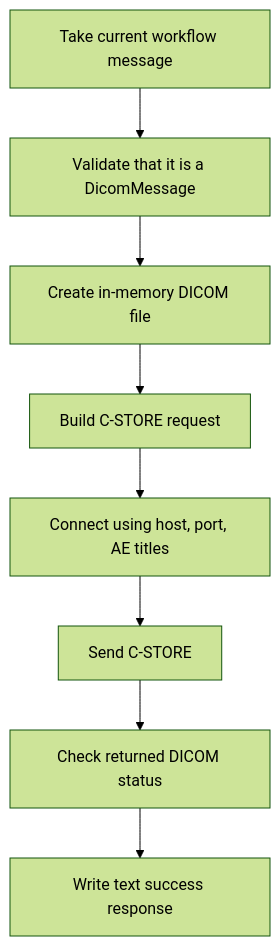
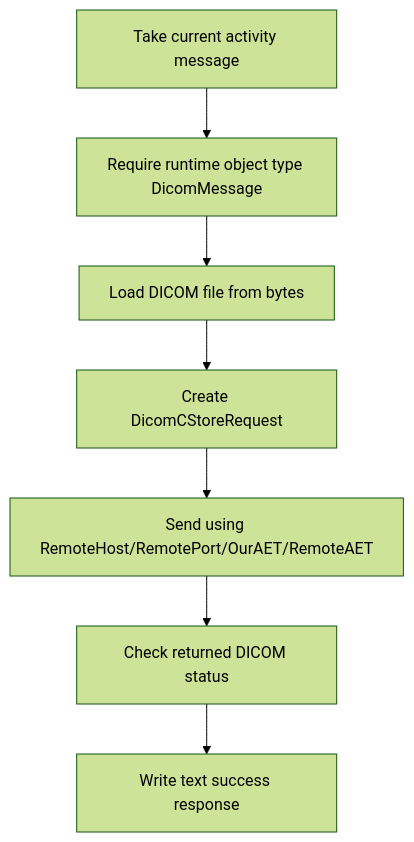
Before and after one commit to IntegrationSoup/Documentation: the diagram in docs/workflow/sender-activities/dicom-sender.md, drawn with Mermaid (forest theme). The commit also changed other lines of this file and 4 other files, not shown here.

````diff
--- a/docs/workflow/sender-activities/dicom-sender.md
+++ b/docs/workflow/sender-activities/dicom-sender.md
@@ -11,10 +17,9 @@
 ```mermaid
 flowchart TD
-    A[Take current workflow message] --> B[Validate that it is a DicomMessage]
-    B --> C[Create in-memory DICOM file]
-    C --> D[Build C-STORE request]
-    D --> E[Connect using host, port, AE titles]
-    E --> F[Send C-STORE]
-    F --> G[Check returned DICOM status]
-    G --> H[Write text success response]
+    A[Take current activity message] --> B[Require runtime object type DicomMessage]
+    B --> C[Load DICOM file from bytes]
+    C --> D[Create DicomCStoreRequest]
+    D --> E[Send using RemoteHost/RemotePort/OurAET/RemoteAET]
+    E --> F[Check returned DICOM status]
+    F --> G[Write text success response]
 ```
````
